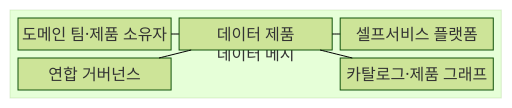
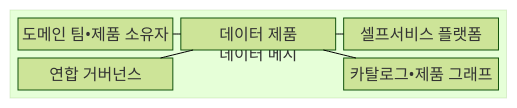
The first of 2 diagrams in src/content/docs/notes/03-software/131_data_mesh.md (agnusdei1207/knowledge-base), drawn with Mermaid (forest theme) before and after one commit. The commit also changed other lines of this file and 953 other files, not shown here.

````diff
--- a/src/content/docs/notes/03-software/131_data_mesh.md
+++ b/src/content/docs/notes/03-software/131_data_mesh.md
@@ -69,17 +69,17 @@
 ```mermaid
 block
     columns 1
     block:MESH["데이터 메시"]
         columns 3
-        A["도메인 팀·제품 소유자"]
+        A["도메인 팀•제품 소유자"]
         B["데이터 제품"]
         C["셀프서비스 플랫폼"]
         D["연합 거버넌스"]
         space
-        E["카탈로그·제품 그래프"]
+        E["카탈로그•제품 그래프"]
     end
     A --- B
     B --- C
     B --- D
     B --- E
 ```
````
